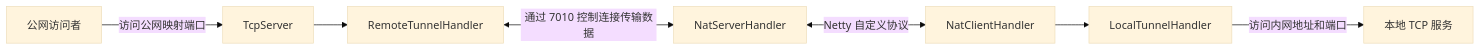
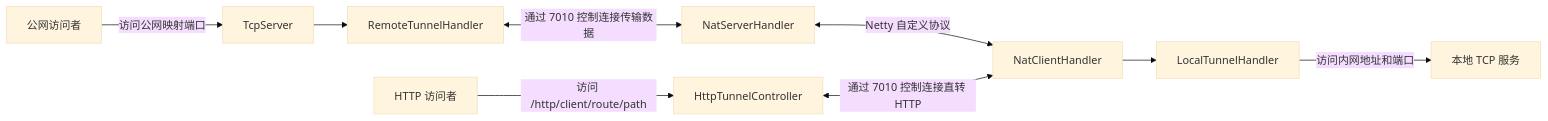
The diagram in README.md (devShuai/specus), drawn with Mermaid (base theme) before and after one commit. The commit also changed other lines of this file and 19 other files, not shown here.

````diff
--- a/README.md
+++ b/README.md
@@ -9,9 +9,11 @@
 ```mermaid
 flowchart LR
     U[公网访问者] -->|访问公网映射端口| P[TcpServer]
     P --> R[RemoteTunnelHandler]
     R <-->|通过 7010 控制连接传输数据| N[NatServerHandler]
     N <-->|Netty 自定义协议| C[NatClientHandler]
     C --> L[LocalTunnelHandler]
     L -->|访问内网地址和端口| S[本地 TCP 服务]
+    H[HTTP 访问者] -->|访问 /http/client/route/path| W[HttpTunnelController]
+    W <-->|通过 7010 控制连接直转 HTTP| C
 ```
````
